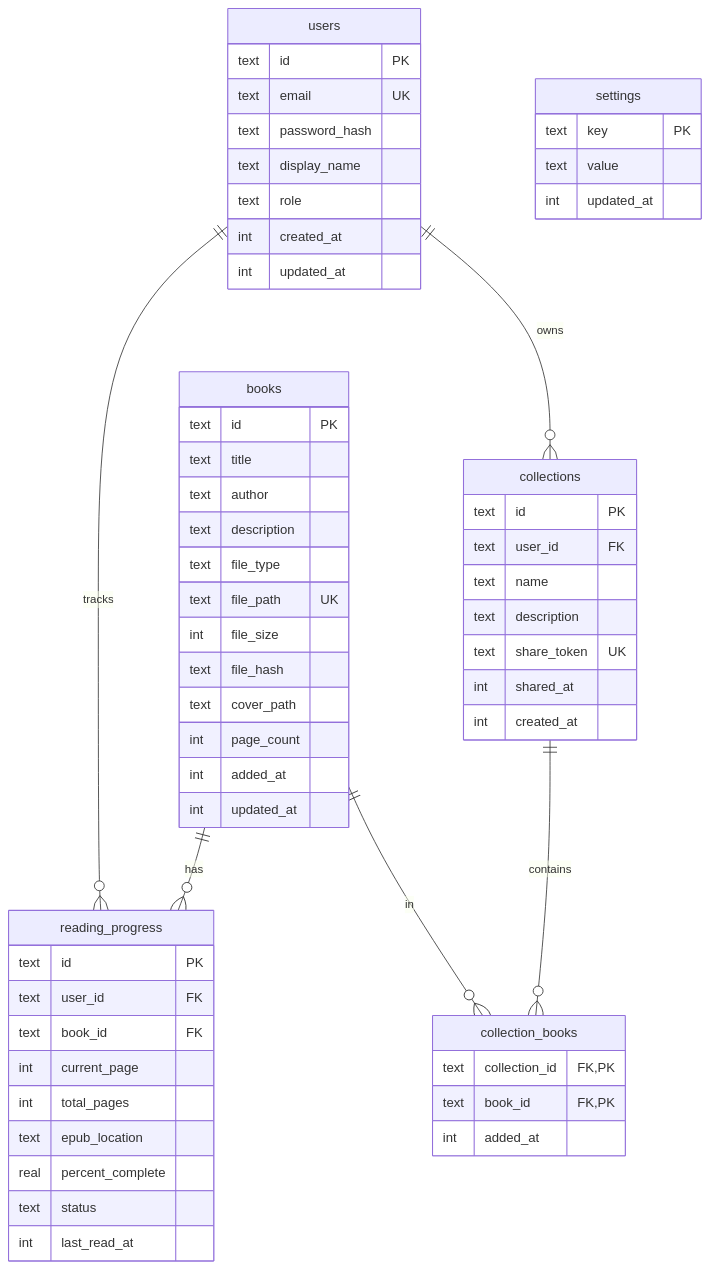
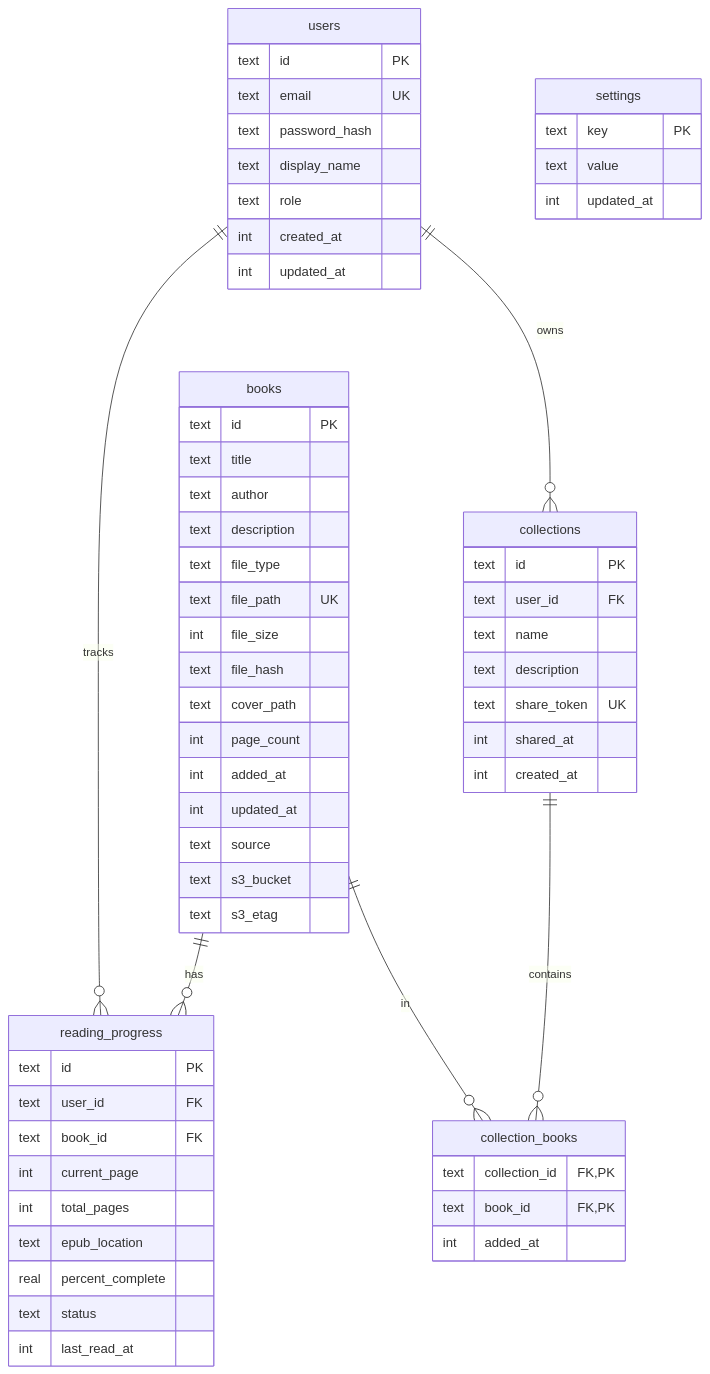
The diagram in docs/design/data-model.md (jamesacklin/alex), drawn with Mermaid before and after one commit. The commit also changed other lines of this file and 5 other files, not shown here.

Commit message:
add google drive integration; refactor s3 bucket integration; unify file serving; adjust db schema for source metadata; implement sync logic for drive and s3; maintain reader contract; add admin ui for s3 settings

````diff
--- a/docs/design/data-model.md
+++ b/docs/design/data-model.md
@@ -7,67 +7,70 @@
 ```mermaid
 erDiagram
     users ||--o{ reading_progress : tracks
     users ||--o{ collections : owns
     books ||--o{ reading_progress : has
     books ||--o{ collection_books : in
     collections ||--o{ collection_books : contains
 
     users {
         text id PK
         text email UK
         text password_hash
         text display_name
         text role
         int created_at
         int updated_at
     }
 
     books {
         text id PK
         text title
         text author
         text description
         text file_type
         text file_path UK
         int file_size
         text file_hash
         text cover_path
         int page_count
         int added_at
         int updated_at
+        text source
+        text s3_bucket
+        text s3_etag
     }
 
     reading_progress {
         text id PK
         text user_id FK
         text book_id FK
         int current_page
         int total_pages
         text epub_location
         real percent_complete
         text status
         int last_read_at
     }
 
     collections {
         text id PK
         text user_id FK
         text name
         text description
         text share_token UK
         int shared_at
         int created_at
     }
 
     collection_books {
         text collection_id FK,PK
         text book_id FK,PK
         int added_at
     }
 
     settings {
         text key PK
         text value
         int updated_at
     }
 ```
````
